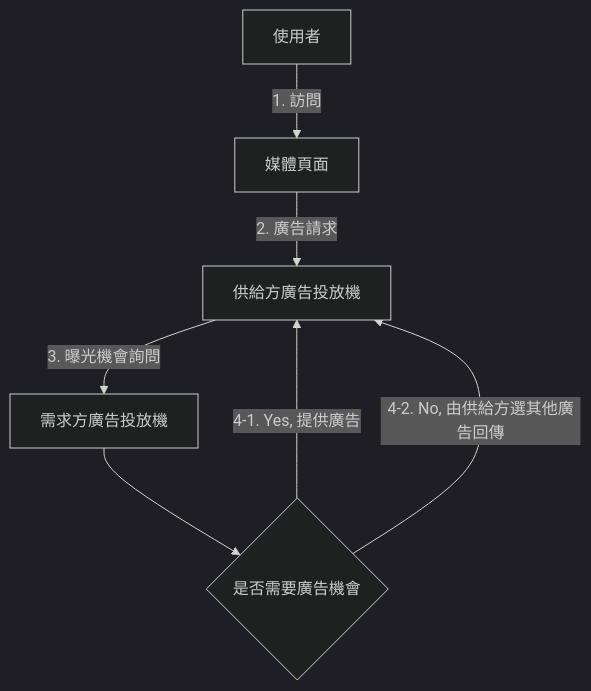
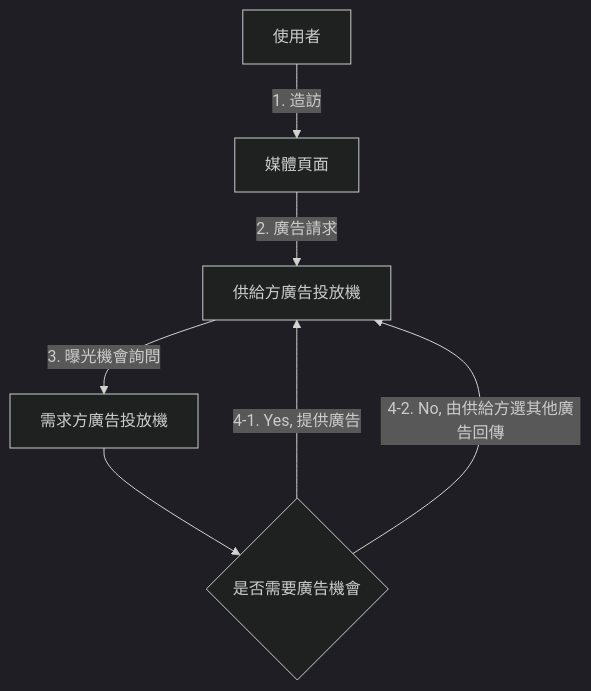
Before and after one commit to Lee-W/main-blog: the second of 4 diagrams in content/posts/book/2026/01-computational-advertising.md, drawn with Mermaid (dark theme). The commit also changed other lines of this file, not shown here.

````diff
--- a/content/posts/book/2026/01-computational-advertising.md
+++ b/content/posts/book/2026/01-computational-advertising.md
@@ -298,13 +298,13 @@
 ```mermaid
 flowchart TD
-    User --1. 訪問--> Media --2. 廣告請求--> SAD
+    User --1. 造訪--> Media --2. 廣告請求--> SAD
     SAD --3. 曝光機會詢問--> DAD --> adop
     adop -->|4-1. Yes, 提供廣告| SAD
     adop -->|4-2. No, 由供給方選其他廣告回傳| SAD
 
     User[使用者]
     Media[媒體頁面]
     SAD[供給方廣告投放機]
     DAD[需求方廣告投放機]
     adop{是否需要廣告機會}
 ```
````
